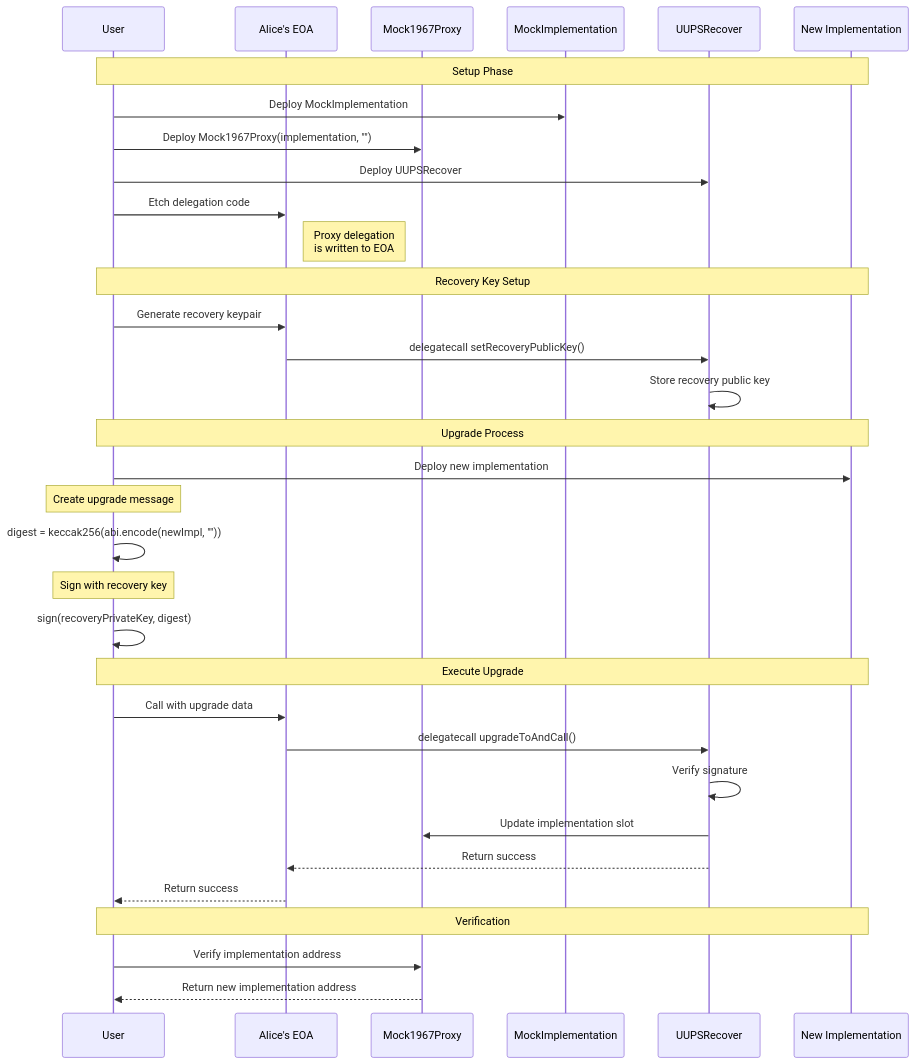
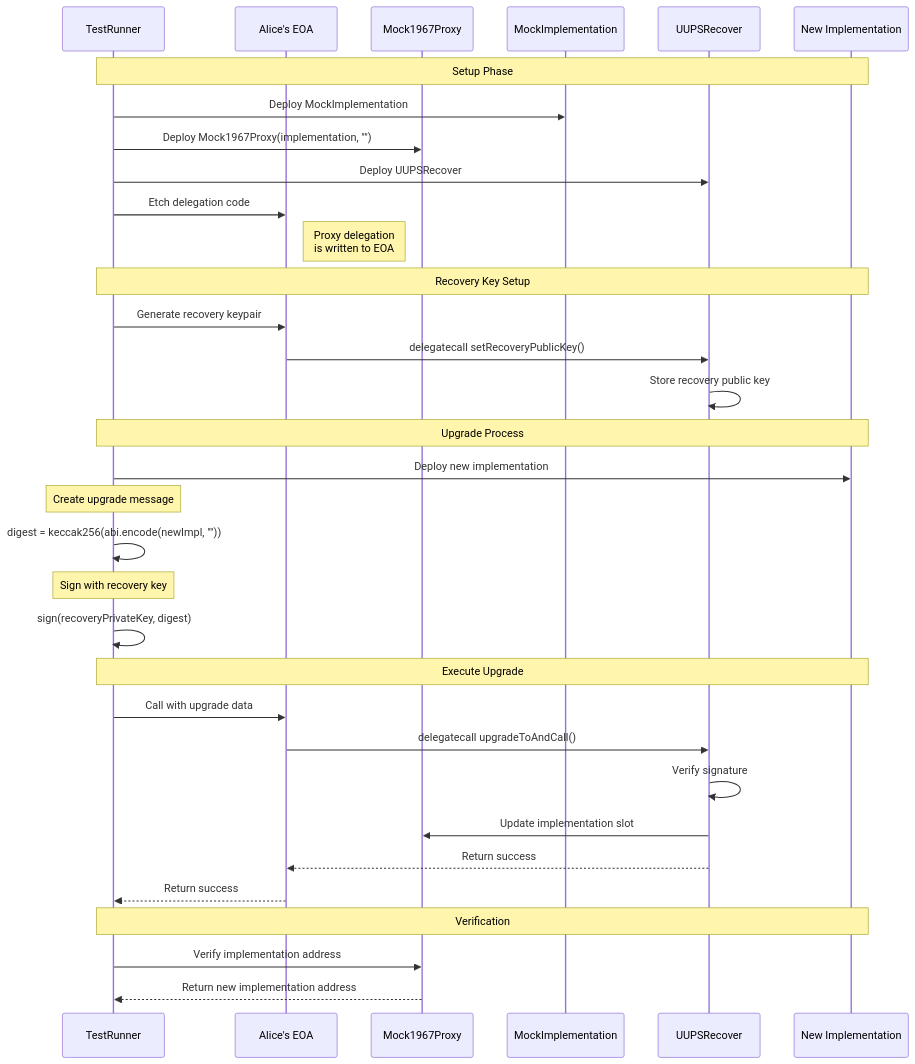
Before and after one commit to zhongeric/erc1967-recovery: the diagram in README.md, drawn with Mermaid.

````diff
--- a/README.md
+++ b/README.md
@@ -28,40 +28,40 @@
 ```mermaid
 sequenceDiagram
-    participant User
+    participant TestRunner
     participant ALICE as Alice's EOA
     participant Proxy as Mock1967Proxy
     participant Implementation as MockImplementation
     participant UUPSRecover
     participant NewImpl as New Implementation
 
-    Note over User,NewImpl: Setup Phase
-    User->>Implementation: Deploy MockImplementation
-    User->>Proxy: Deploy Mock1967Proxy(implementation, "")
-    User->>UUPSRecover: Deploy UUPSRecover
-    User->>ALICE: Etch delegation code
+    Note over TestRunner,NewImpl: Setup Phase
+    TestRunner->>Implementation: Deploy MockImplementation
+    TestRunner->>Proxy: Deploy Mock1967Proxy(implementation, "")
+    TestRunner->>UUPSRecover: Deploy UUPSRecover
+    TestRunner->>ALICE: Etch delegation code
     Note right of ALICE: Proxy delegation<br/>is written to EOA
 
-    Note over User,NewImpl: Recovery Key Setup
-    User->>ALICE: Generate recovery keypair
+    Note over TestRunner,NewImpl: Recovery Key Setup
+    TestRunner->>ALICE: Generate recovery keypair
     ALICE->>UUPSRecover: delegatecall setRecoveryPublicKey()
     UUPSRecover->>UUPSRecover: Store recovery public key
 
-    Note over User,NewImpl: Upgrade Process
-    User->>NewImpl: Deploy new implementation
-    Note over User: Create upgrade message
-    User->>User: digest = keccak256(abi.encode(newImpl, ""))
-    Note over User: Sign with recovery key
-    User->>User: sign(recoveryPrivateKey, digest)
+    Note over TestRunner,NewImpl: Upgrade Process
+    TestRunner->>NewImpl: Deploy new implementation
+    Note over TestRunner: Create upgrade message
+    TestRunner->>TestRunner: digest = keccak256(abi.encode(newImpl, ""))
+    Note over TestRunner: Sign with recovery key
+    TestRunner->>TestRunner: sign(recoveryPrivateKey, digest)
 
-    Note over User,NewImpl: Execute Upgrade
-    User->>ALICE: Call with upgrade data
+    Note over TestRunner,NewImpl: Execute Upgrade
+    TestRunner->>ALICE: Call with upgrade data
     ALICE->>UUPSRecover: delegatecall upgradeToAndCall()
     UUPSRecover->>UUPSRecover: Verify signature
     UUPSRecover->>Proxy: Update implementation slot
     UUPSRecover-->>ALICE: Return success
-    ALICE-->>User: Return success
+    ALICE-->>TestRunner: Return success
 
-    Note over User,NewImpl: Verification
-    User->>Proxy: Verify implementation address
-    Proxy-->>User: Return new implementation address
+    Note over TestRunner,NewImpl: Verification
+    TestRunner->>Proxy: Verify implementation address
+    Proxy-->>TestRunner: Return new implementation address
 ```
````
